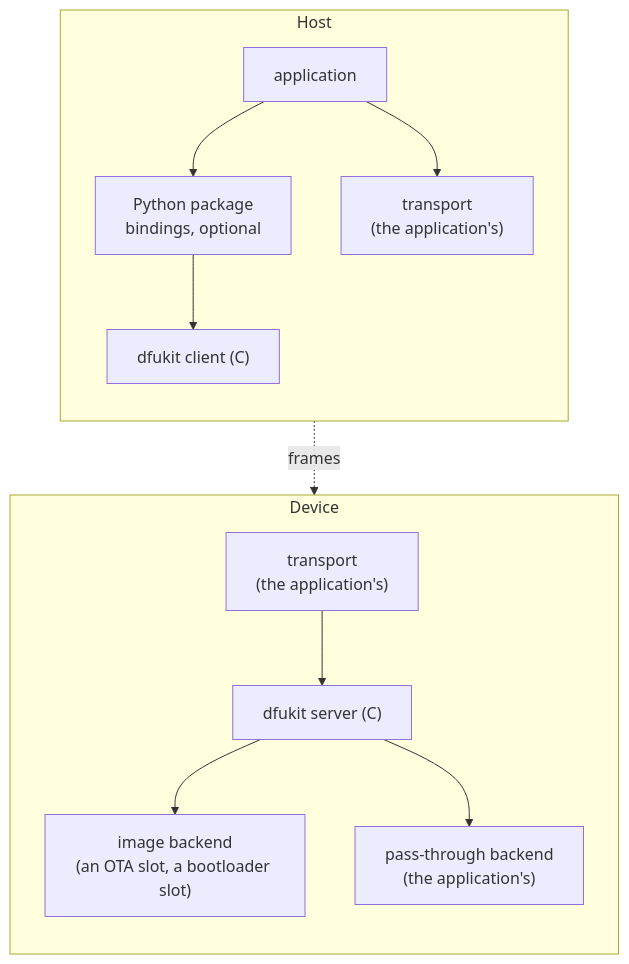
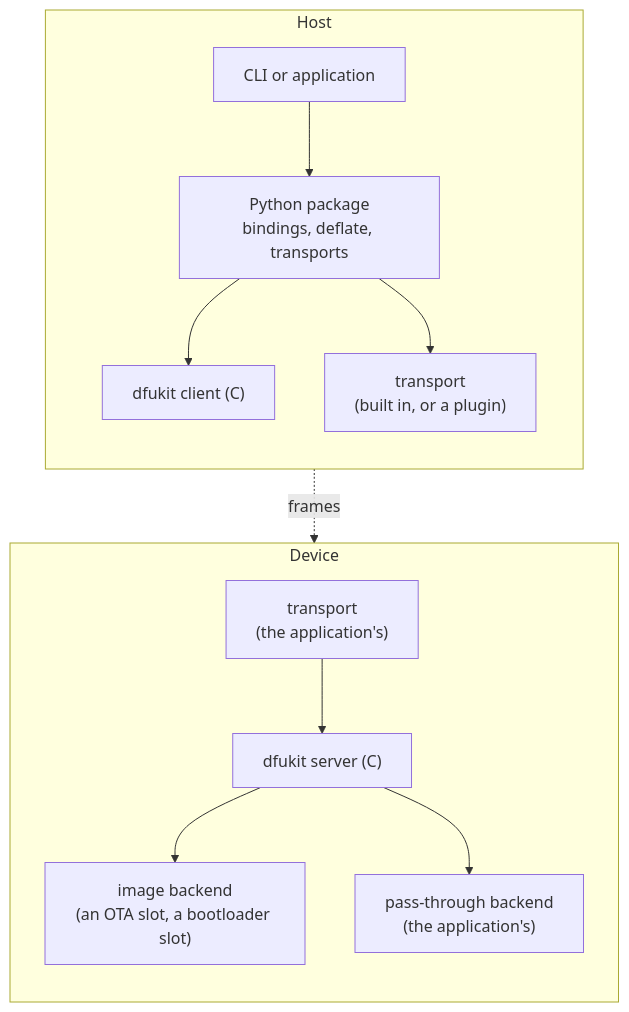
Before and after one commit to fvsolutions-dev/dfukit: the second of 15 diagrams in DESIGN.md, drawn with Mermaid. The commit also changed other lines of this file and 17 other files, not shown here.

````diff
--- a/DESIGN.md
+++ b/DESIGN.md
@@ -65,25 +65,25 @@
 ```mermaid
 flowchart TB
     subgraph H [Host]
         direction TB
-        hcli[application]
-        hpy["Python package<br/>bindings, optional"]
+        hcli[CLI or application]
+        hpy["Python package<br/>bindings, deflate, transports"]
         hc["dfukit client (C)"]
-        htr["transport<br/>(the application's)"]
+        htr["transport<br/>(built in, or a plugin)"]
         hcli --> hpy --> hc
-        hcli --> htr
+        hpy --> htr
     end
 
     subgraph D [Device]
         direction TB
         dtr["transport<br/>(the application's)"]
         ds["dfukit server (C)"]
         dimg["image backend<br/>(an OTA slot, a bootloader slot)"]
         dpt["pass-through backend<br/>(the application's)"]
         dtr --> ds
         ds --> dimg
         ds --> dpt
     end
 
     htr -. frames .-> dtr
 ```
````
